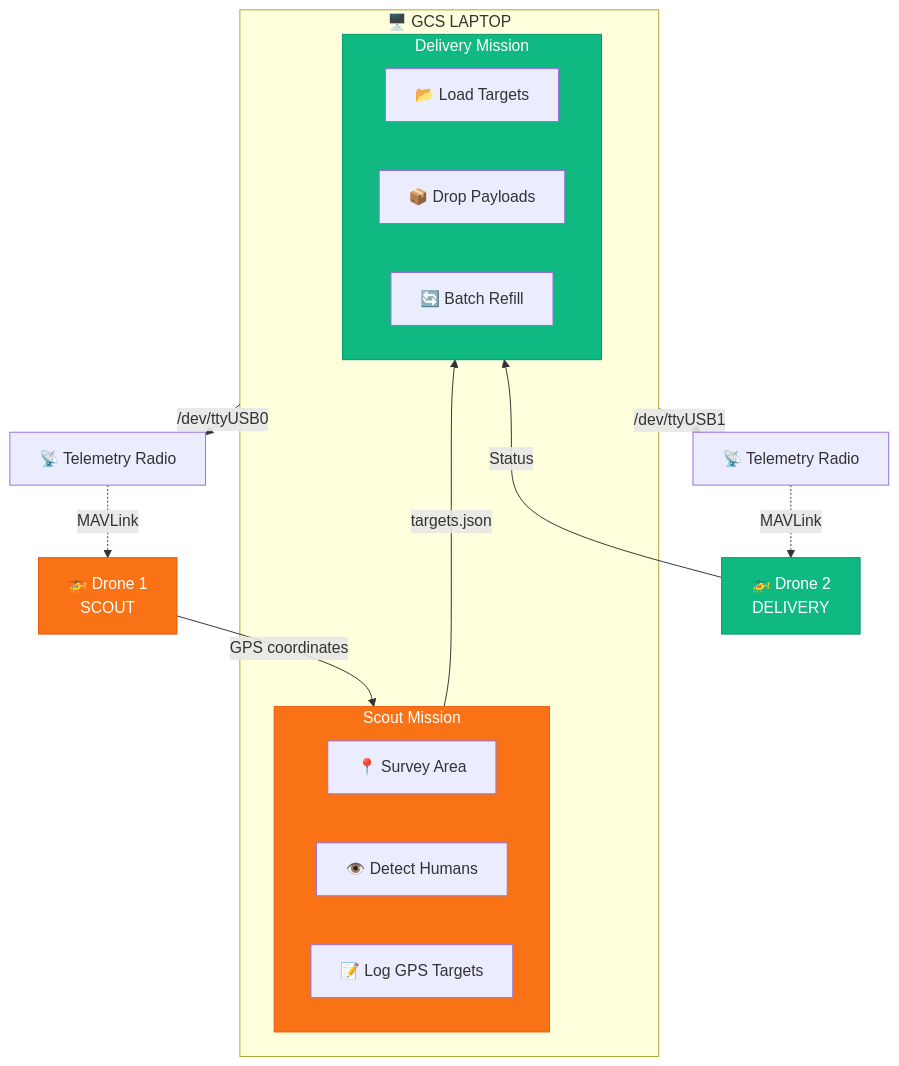
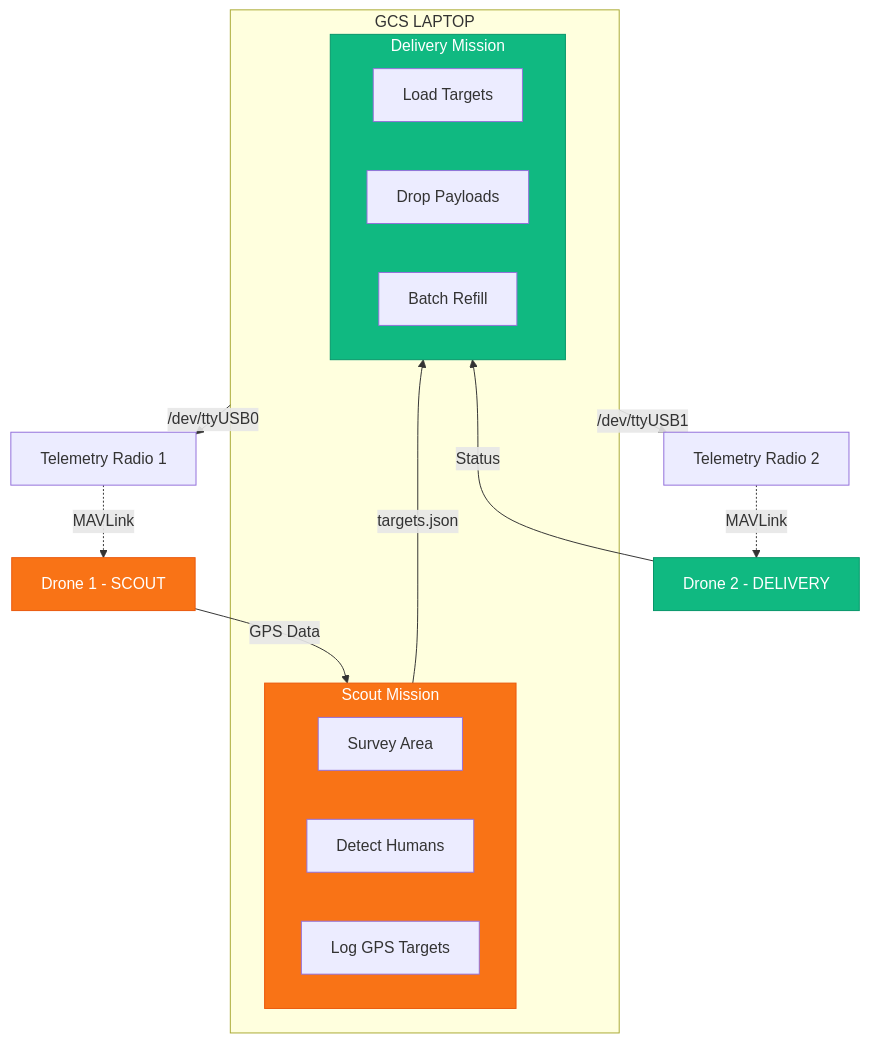
Before and after one commit to Dijo-404/ELKa-2026-Final-Mission-: the diagram in README.md, drawn with Mermaid. The commit also changed other lines of this file and 2 other files, not shown here.

Commit message:
[ fix ] : fixed codebase issues

````diff
--- a/README.md
+++ b/README.md
@@ -12,32 +12,32 @@
 ```mermaid
 flowchart TB
-    subgraph GCS["🖥️ GCS LAPTOP"]
+    subgraph GCS["GCS LAPTOP"]
         subgraph Scout["Scout Mission"]
-            S1["📍 Survey Area"]
-            S2["👁️ Detect Humans"]
-            S3["📝 Log GPS Targets"]
+            S1["Survey Area"]
+            S2["Detect Humans"]
+            S3["Log GPS Targets"]
         end
         
         subgraph Delivery["Delivery Mission"]
-            D1["📂 Load Targets"]
-            D2["📦 Drop Payloads"]
-            D3["🔄 Batch Refill"]
+            D1["Load Targets"]
+            D2["Drop Payloads"]
+            D3["Batch Refill"]
         end
         
         Scout -->|targets.json| Delivery
     end
     
-    GCS -->|"/dev/ttyUSB0"| Radio1["📡 Telemetry Radio"]
-    GCS -->|"/dev/ttyUSB1"| Radio2["📡 Telemetry Radio"]
+    GCS -->|/dev/ttyUSB0| Radio1["Telemetry Radio 1"]
+    GCS -->|/dev/ttyUSB1| Radio2["Telemetry Radio 2"]
     
-    Radio1 -.->|"MAVLink"| Drone1["🚁 Drone 1<br/>SCOUT"]
-    Radio2 -.->|"MAVLink"| Drone2["🚁 Drone 2<br/>DELIVERY"]
+    Radio1 -.->|MAVLink| Drone1["Drone 1 - SCOUT"]
+    Radio2 -.->|MAVLink| Drone2["Drone 2 - DELIVERY"]
     
-    Drone1 -->|"GPS coordinates"| Scout
-    Drone2 -->|"Status"| Delivery
+    Drone1 -->|GPS Data| Scout
+    Drone2 -->|Status| Delivery
 
     style Scout fill:#f97316,stroke:#ea580c,color:#fff
     style Delivery fill:#10b981,stroke:#059669,color:#fff
     style Drone1 fill:#f97316,stroke:#ea580c,color:#fff
     style Drone2 fill:#10b981,stroke:#059669,color:#fff
 ```
````
